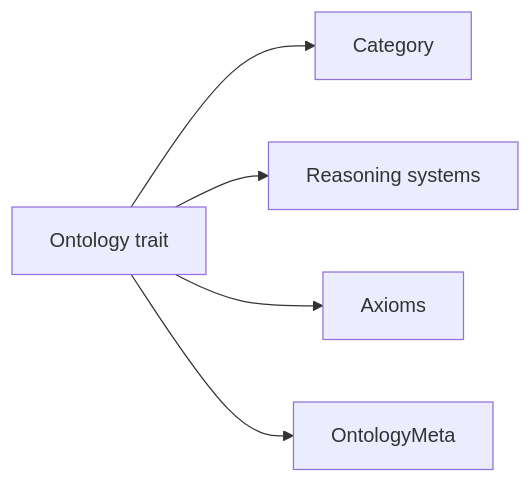
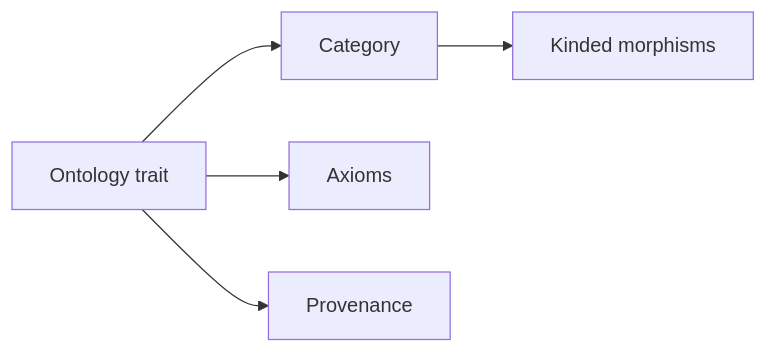
One commit to i-am-logger/pr4xis changed the third of 3 diagrams in docs/understand/architecture.md. Above: the diagram before and after it, drawn with Mermaid. The commit also changed other lines of this file and 14 other files, not shown here.

````diff
--- a/docs/understand/architecture.md
+++ b/docs/understand/architecture.md
@@ -74,13 +74,13 @@
 ```mermaid
 graph LR
     O["Ontology trait"]
     C[Category]
-    R[Reasoning systems]
+    K[Kinded morphisms]
     A[Axioms]
-    M[OntologyMeta]
+    M[Provenance]
 
     O --> C
-    O --> R
+    C --> K
     O --> A
     O --> M
 ```
````
